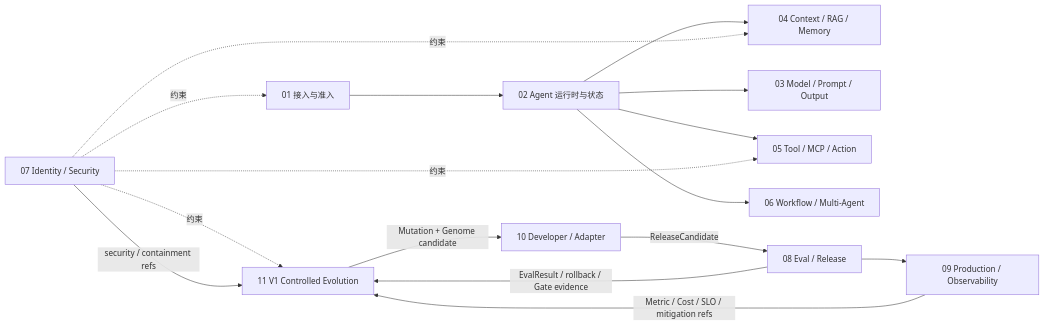
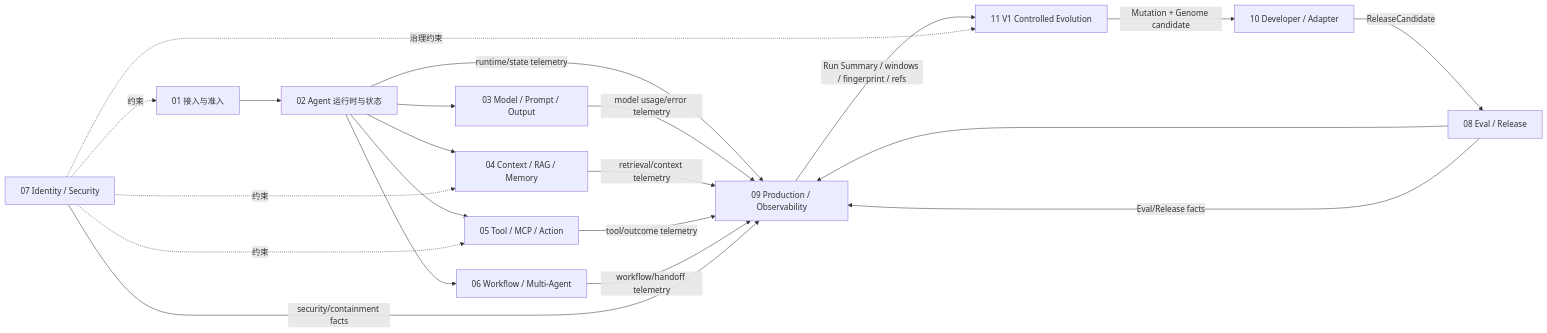
One commit to chun001-stac/Agent-UEAF changed the diagram in docs/00-总览/04-功能模块全景.md. Above: the diagram before and after it, drawn with Mermaid. The commit also changed other lines of this file, not shown here.

Commit message:
docs: expose V1 evidence collection ownership in module map

````diff
--- a/docs/00-总览/04-功能模块全景.md
+++ b/docs/00-总览/04-功能模块全景.md
@@ -8,18 +8,25 @@
 ```mermaid
 flowchart LR
     M01["01 接入与准入"] --> M02["02 Agent 运行时与状态"]
     M02 --> M04["04 Context / RAG / Memory"]
     M02 --> M03["03 Model / Prompt / Output"]
     M02 --> M05["05 Tool / MCP / Action"]
     M02 --> M06["06 Workflow / Multi-Agent"]
     M07["07 Identity / Security"] -.约束.-> M01
     M07 -.约束.-> M04
     M07 -.约束.-> M05
-    M07 -.约束.-> M11["11 V1 Controlled Evolution"]
     M08["08 Eval / Release"] --> M09["09 Production / Observability"]
-    M07 -->|"security / containment refs"| M11
-    M09 -->|"Metric / Cost / SLO / mitigation refs"| M11
-    M08 -->|"EvalResult / rollback / Gate evidence"| M11
+
+    M02 -->|"runtime/state telemetry"| M09
+    M03 -->|"model usage/error telemetry"| M09
+    M04 -->|"retrieval/context telemetry"| M09
+    M05 -->|"tool/outcome telemetry"| M09
+    M06 -->|"workflow/handoff telemetry"| M09
+    M07 -->|"security/containment facts"| M09
+    M08 -->|"Eval/Release facts"| M09
+
+    M09 -->|"Run Summary / windows / fingerprint / refs"| M11["11 V1 Controlled Evolution"]
+    M07 -.治理约束.-> M11
     M11 -->|"Mutation + Genome candidate"| M10["10 Developer / Adapter"]
     M10 -->|"ReleaseCandidate"| M08
 ```
````
